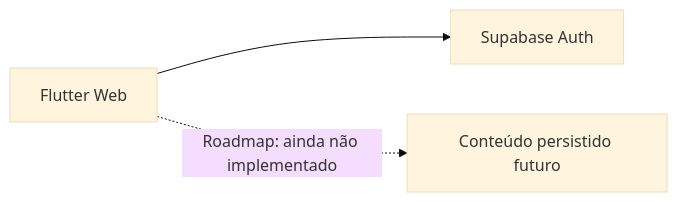
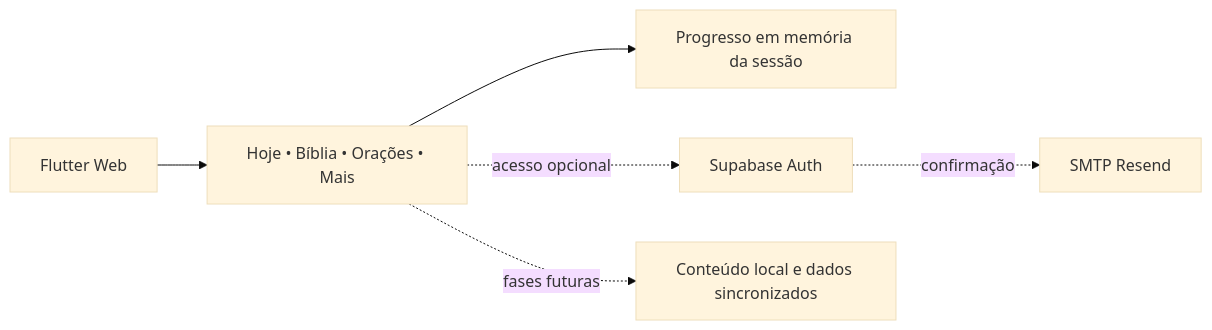
One commit to Andrearodri/sou-fe-e-acao changed the diagram in README.md. Above: the diagram before and after it, drawn with Mermaid (base theme). The commit also changed other lines of this file and 19 other files, not shown here.

````diff
--- a/README.md
+++ b/README.md
@@ -35,5 +45,8 @@
 ```mermaid
 flowchart LR
-    A[Flutter Web] --> B[Supabase Auth]
-    A -. Roadmap: ainda não implementado .-> C[Conteúdo persistido futuro]
+    A[Flutter Web] --> B[Hoje • Bíblia • Orações • Mais]
+    B --> C[Progresso em memória da sessão]
+    B -. acesso opcional .-> D[Supabase Auth]
+    D -. confirmação .-> E[SMTP Resend]
+    B -. fases futuras .-> F[Conteúdo local e dados sincronizados]
 ```
````
